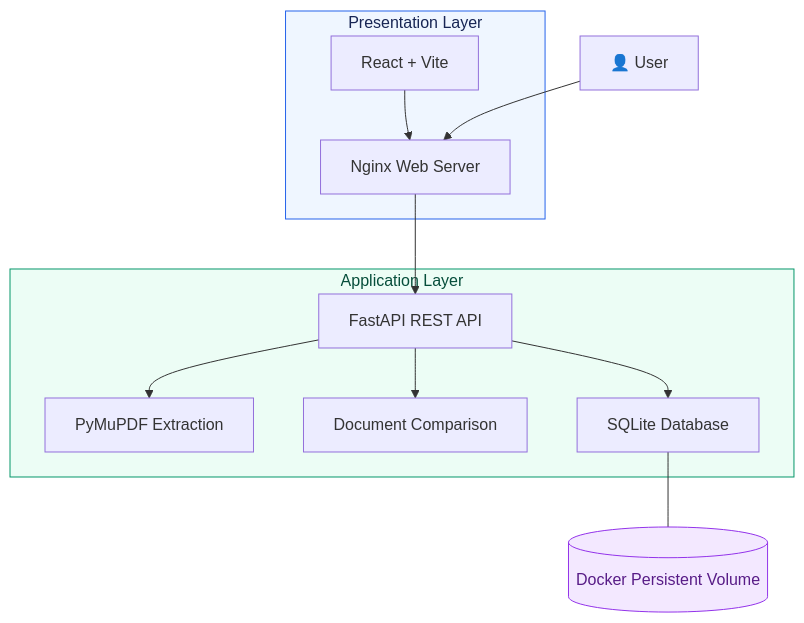
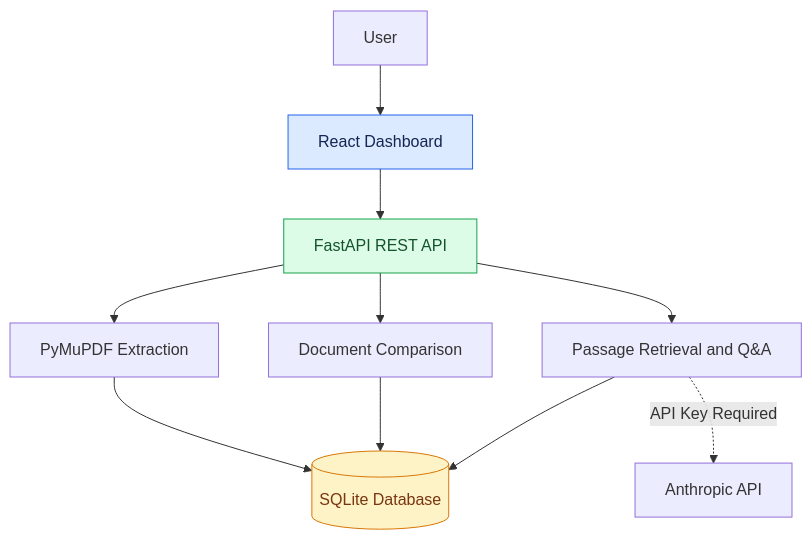
Before and after one commit to rajshreesinha-23/regulalens-ai: the second of 6 diagrams in README.md, drawn with Mermaid. The commit also changed other lines of this file, not shown here.

````diff
--- a/README.md
+++ b/README.md
@@ -54,30 +39,19 @@
 ```mermaid
 flowchart TB
-    U["👤 User"]
+    U[User] --> FE[React Dashboard]
+    FE --> API[FastAPI REST API]
 
-    subgraph FRONTEND["Presentation Layer"]
-        R["React + Vite"]
-        N["Nginx Web Server"]
-        R --> N
-    end
+    API --> PDF[PyMuPDF Extraction]
+    API --> CMP[Document Comparison]
+    API --> QA[Passage Retrieval and Q&A]
 
-    subgraph BACKEND["Application Layer"]
-        API["FastAPI REST API"]
-        PDF["PyMuPDF Extraction"]
-        CMP["Document Comparison"]
-        DB["SQLite Database"]
-        API --> PDF
-        API --> CMP
-        API --> DB
-    end
+    PDF --> DB[(SQLite Database)]
+    CMP --> DB
+    QA --> DB
 
-    VOL[("Docker Persistent Volume")]
+    QA -. API Key Required .-> AI[Anthropic API]
 
-    U --> N
-    N --> API
-    DB --- VOL
-
-    style FRONTEND fill:#EFF6FF,stroke:#2563EB,color:#172554
-    style BACKEND fill:#ECFDF5,stroke:#059669,color:#064E3B
-    style VOL fill:#F3E8FF,stroke:#9333EA,color:#581C87
+    style FE fill:#dbeafe,stroke:#2563eb,color:#172554
+    style API fill:#dcfce7,stroke:#16a34a,color:#14532d
+    style DB fill:#fef3c7,stroke:#d97706,color:#78350f
 ```
````
